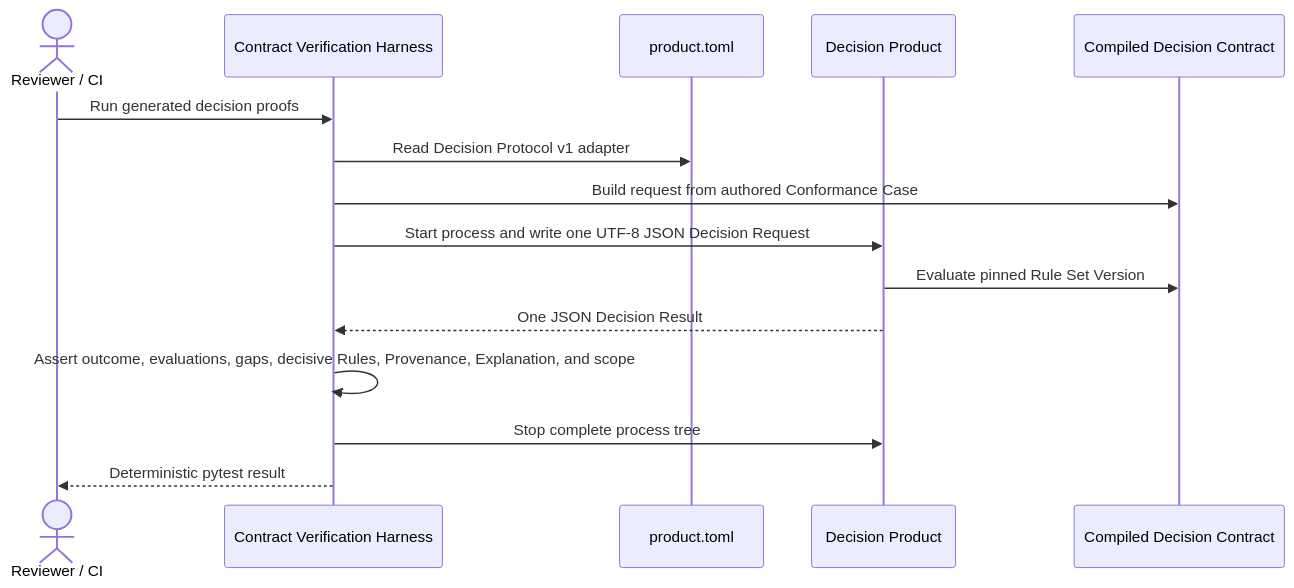
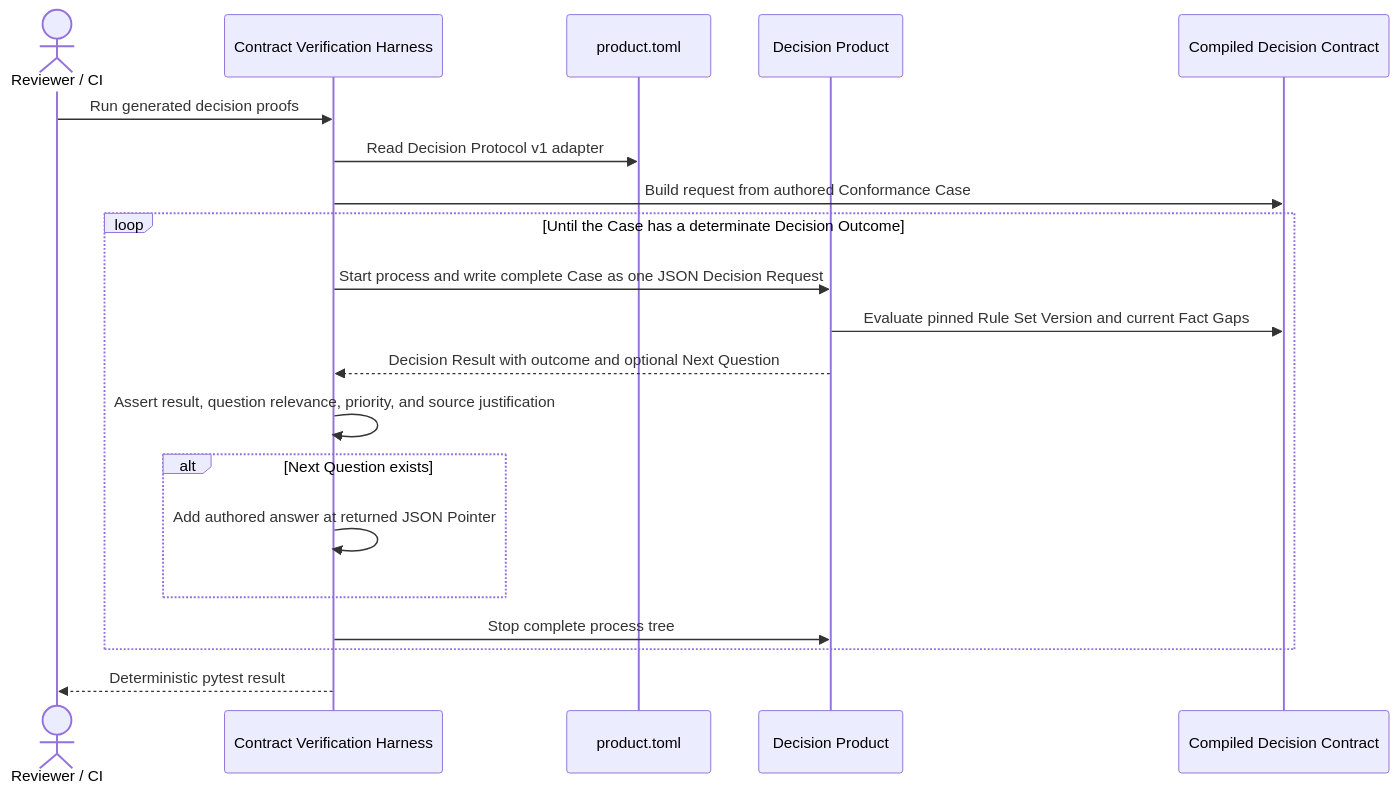
Before and after one commit to arturmiller/spec-compiler: the third of 6 diagrams in docs/architecture/arc42.md, drawn with Mermaid. The commit also changed other lines of this file and 20 other files, not shown here.

Commit message:
Implement decision-relevant question flow (#3)

````diff
--- a/docs/architecture/arc42.md
+++ b/docs/architecture/arc42.md
@@ -273,18 +275,23 @@
 ```mermaid
 sequenceDiagram
     actor Operator as Reviewer / CI
     participant Harness as Contract Verification Harness
     participant Manifest as product.toml
     participant Product as Decision Product
     participant Contract as Compiled Decision Contract
 
     Operator->>Harness: Run generated decision proofs
     Harness->>Manifest: Read Decision Protocol v1 adapter
     Harness->>Contract: Build request from authored Conformance Case
-    Harness->>Product: Start process and write one UTF-8 JSON Decision Request
-    Product->>Contract: Evaluate pinned Rule Set Version
-    Product-->>Harness: One JSON Decision Result
-    Harness->>Harness: Assert outcome, evaluations, gaps, decisive Rules, Provenance, Explanation, and scope
-    Harness->>Product: Stop complete process tree
+    loop Until the Case has a determinate Decision Outcome
+        Harness->>Product: Start process and write complete Case as one JSON Decision Request
+        Product->>Contract: Evaluate pinned Rule Set Version and current Fact Gaps
+        Product-->>Harness: Decision Result with outcome and optional Next Question
+        Harness->>Harness: Assert result, question relevance, priority, and source justification
+        alt Next Question exists
+            Harness->>Harness: Add authored answer at returned JSON Pointer
+        end
+        Harness->>Product: Stop complete process tree
+    end
     Harness-->>Operator: Deterministic pytest result
 ```
````
